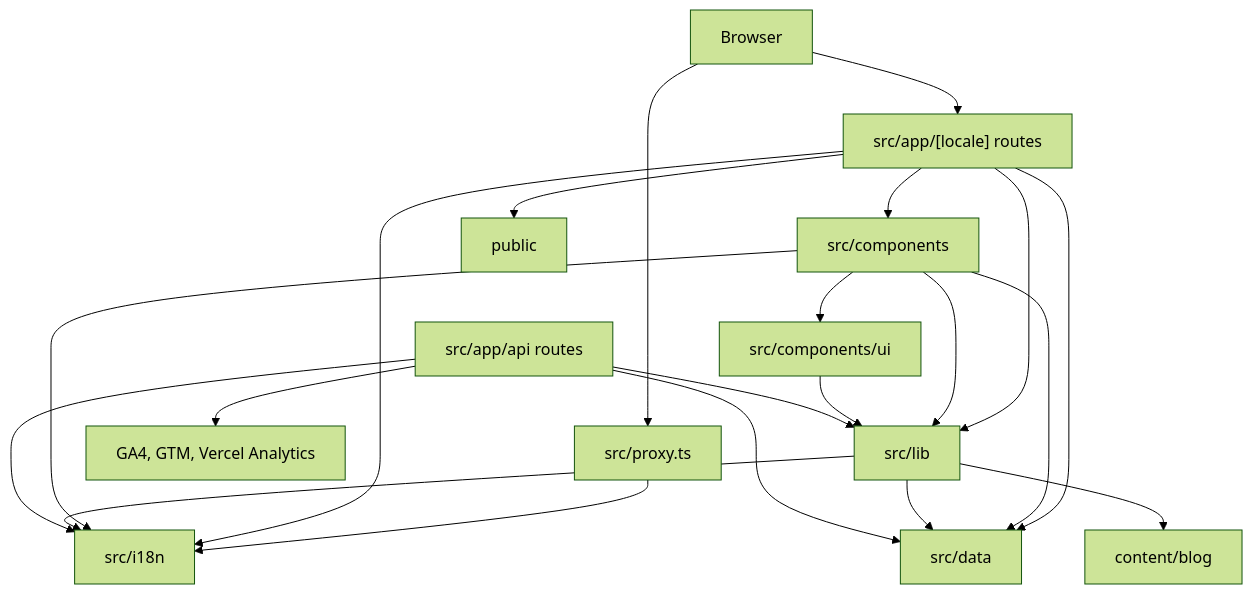
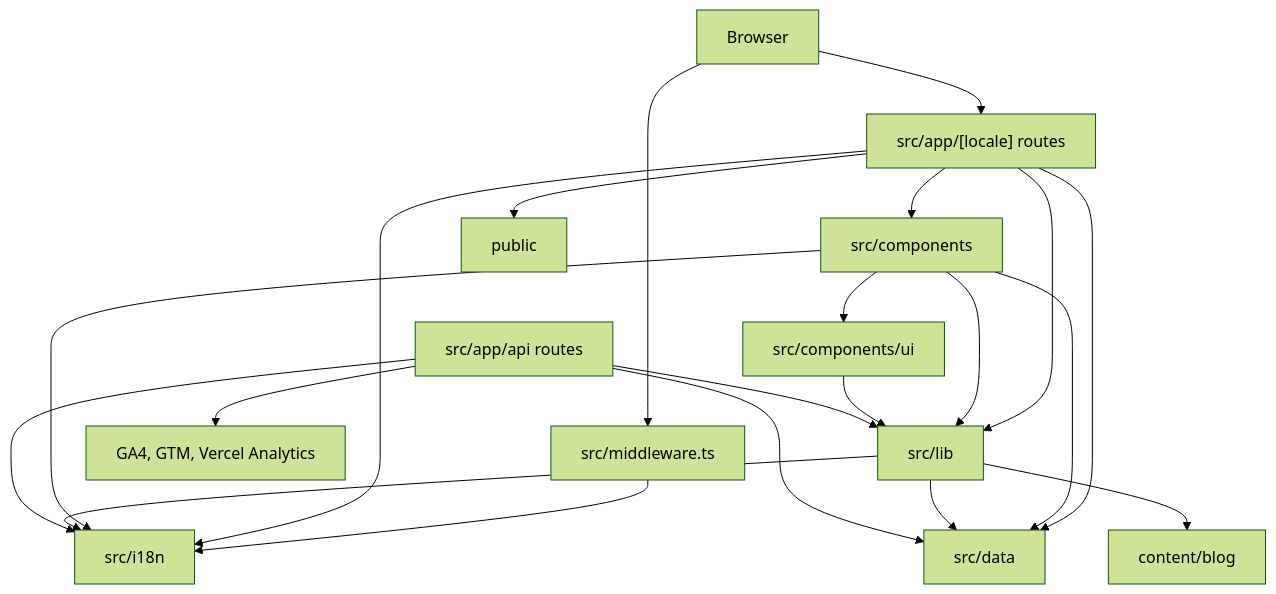
Before and after one commit to CreatBob/career-portfolio: the diagram in docs/ARCHITECTURE.md, drawn with Mermaid (forest theme). The commit also changed other lines of this file and 10 other files, not shown here.

````diff
--- a/docs/ARCHITECTURE.md
+++ b/docs/ARCHITECTURE.md
@@ -16,36 +16,36 @@
 ```mermaid
 graph TD
     Browser["Browser"]
-    Proxy["src/proxy.ts"]
+    Proxy["src/middleware.ts"]
     App["src/app/[locale] routes"]
     Api["src/app/api routes"]
     Components["src/components"]
     UI["src/components/ui"]
     I18n["src/i18n"]
     Lib["src/lib"]
     Data["src/data"]
     Content["content/blog"]
     Public["public"]
     ThirdParty["GA4, GTM, Vercel Analytics"]
 
     Browser --> Proxy
     Proxy --> I18n
     Browser --> App
     App --> Components
     App --> I18n
     App --> Lib
     App --> Data
     App --> Public
     Components --> UI
     Components --> I18n
     Components --> Lib
     Components --> Data
     UI --> Lib
     Lib --> Data
     Lib --> I18n
     Lib --> Content
     Api --> Lib
     Api --> I18n
     Api --> Data
     Api --> ThirdParty
 ```
````
